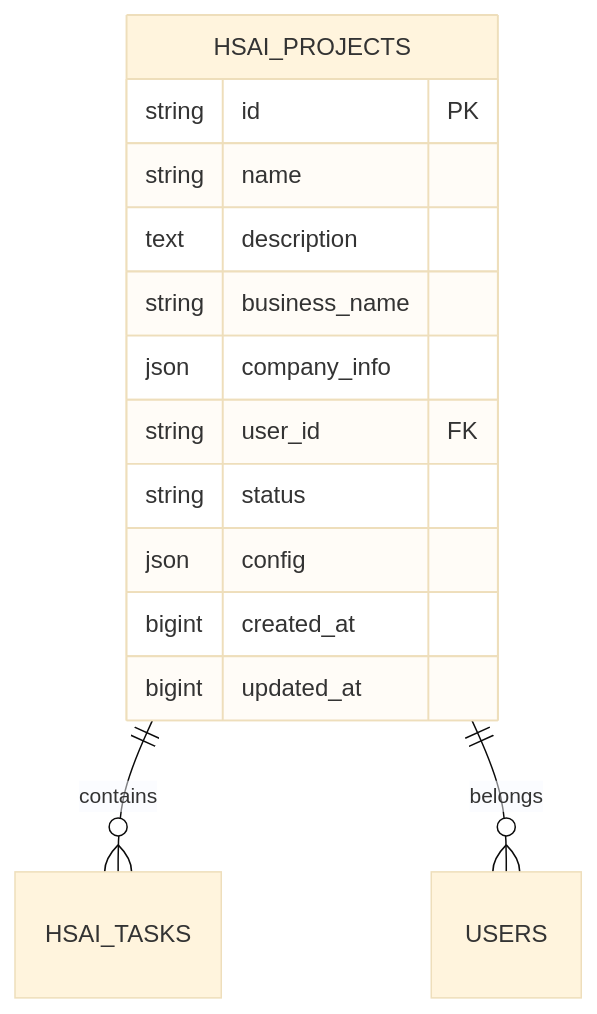
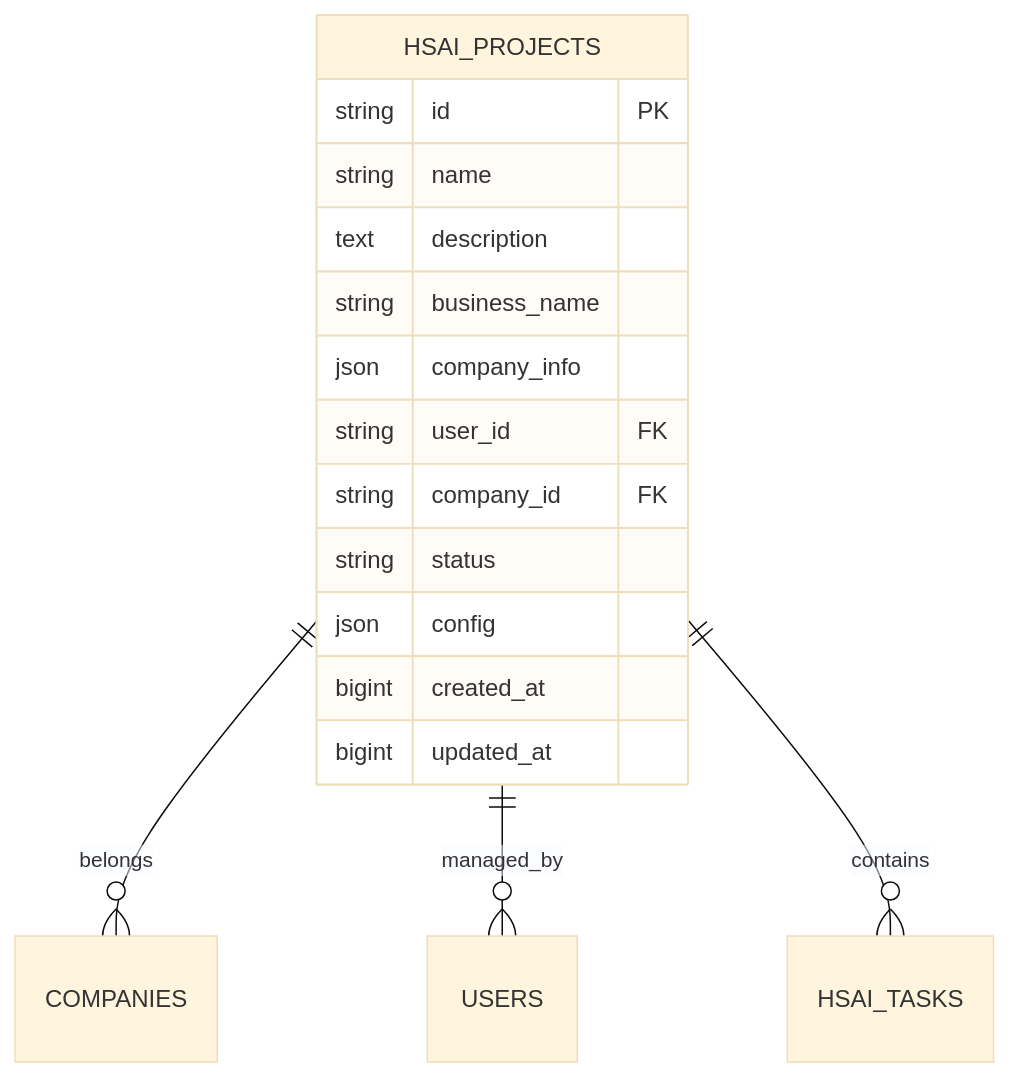
One commit to Cokefish9527/open-webui changed the fourth of 13 diagrams in docs/96-基于任务的对话管理系统优化方案.md. Above: the diagram before and after it, drawn with Mermaid (base theme). The commit also changed other lines of this file, not shown here.

````diff
--- a/docs/96-基于任务的对话管理系统优化方案.md
+++ b/docs/96-基于任务的对话管理系统优化方案.md
@@ -42,17 +86,19 @@
 ```mermaid
 erDiagram
+    HSAI_PROJECTS ||--o{ COMPANIES : belongs
+    HSAI_PROJECTS ||--o{ USERS : managed_by
     HSAI_PROJECTS ||--o{ HSAI_TASKS : contains
-    HSAI_PROJECTS ||--o{ USERS : belongs
     HSAI_PROJECTS {
         string id PK
         string name
         text description
         string business_name
         json company_info
         string user_id FK
+        string company_id FK
         string status
         json config
         bigint created_at
         bigint updated_at
     }
 ```
````
